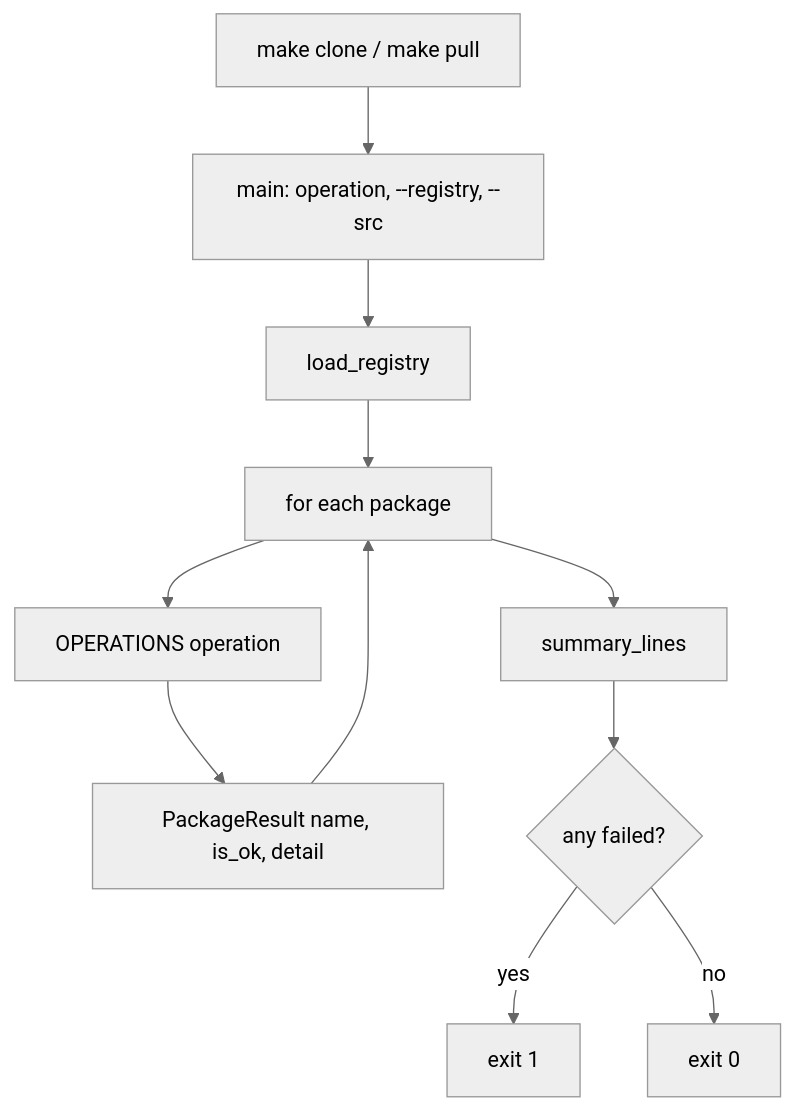
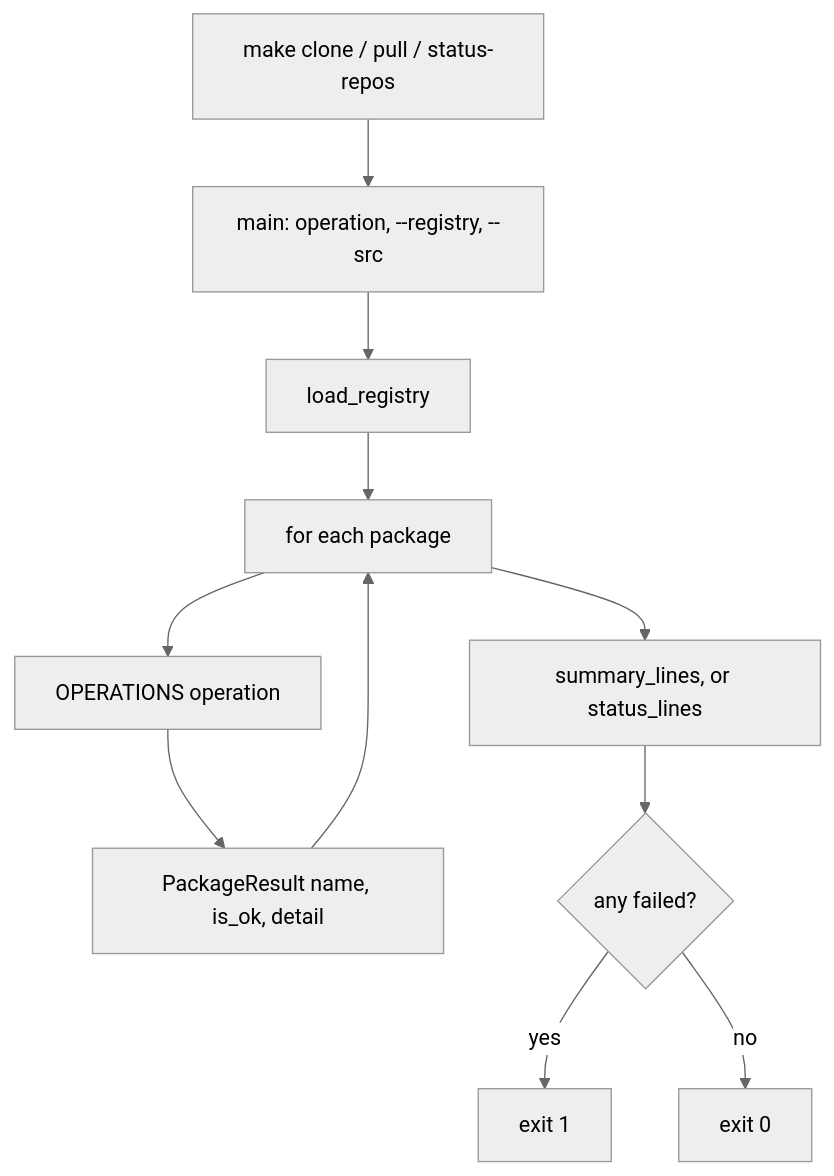
The diagram in process/01-literate/05-stack_tools.md (Boston-Robot-Hackers/dome2), drawn with Mermaid (neutral theme) before and after one commit. The commit also changed other lines of this file and 25 other files, not shown here.

First line of the commit message:
checkpoint: F05 TF05.4 drivers rename, slam/semantic subsystems, arg forwarding; F08 make status-repos

````diff
--- a/process/01-literate/05-stack_tools.md
+++ b/process/01-literate/05-stack_tools.md
@@ -78,13 +80,13 @@
 ```mermaid
 flowchart TD
-    A[make clone / make pull] --> B[main: operation, --registry, --src]
+    A[make clone / pull / status-repos] --> B[main: operation, --registry, --src]
     B --> C[load_registry]
     C --> D[for each package]
     D --> E[OPERATIONS operation]
     E --> F[PackageResult name, is_ok, detail]
     F --> D
-    D --> G[summary_lines]
+    D --> G[summary_lines, or status_lines]
     G --> H{any failed?}
     H -->|yes| I[exit 1]
     H -->|no| J[exit 0]
 ```
````
